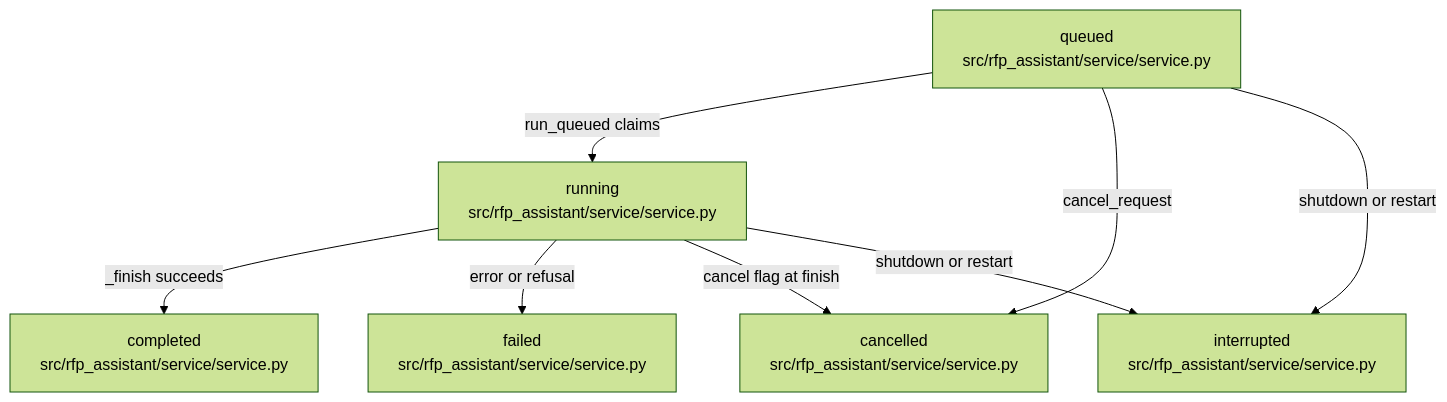
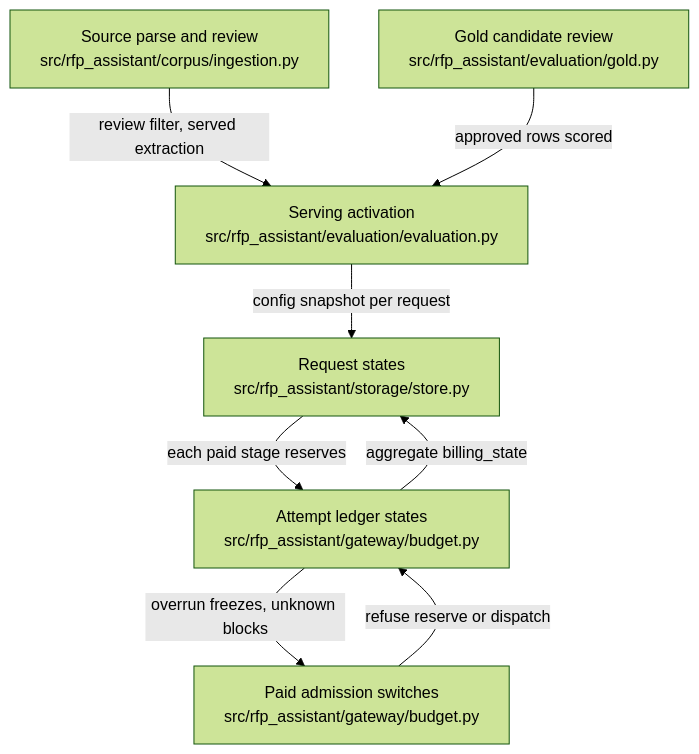
One commit to littleeeeebit/project-codeit-mid changed the diagram in .omm/state-transitions/diagram.mmd. Above: the diagram before and after it, drawn with Mermaid (forest theme). The commit also changed 359 other files, not shown here.

```diff
--- a/.omm/state-transitions/diagram.mmd
+++ b/.omm/state-transitions/diagram.mmd
@@ -1,14 +1,14 @@
 graph TD
-  queued["queued\nsrc/rfp_assistant/service/service.py"]
-  running["running\nsrc/rfp_assistant/service/service.py"]
-  completed["completed\nsrc/rfp_assistant/service/service.py"]
-  failed["failed\nsrc/rfp_assistant/service/service.py"]
-  cancelled["cancelled\nsrc/rfp_assistant/service/service.py"]
-  interrupted["interrupted\nsrc/rfp_assistant/service/service.py"]
-  queued -->|"run_queued claims"| running
-  queued -->|"cancel_request"| cancelled
-  queued -->|"shutdown or restart"| interrupted
-  running -->|"_finish succeeds"| completed
-  running -->|"error or refusal"| failed
-  running -->|"cancel flag at finish"| cancelled
-  running -->|"shutdown or restart"| interrupted
+  request-states["Request states\nsrc/rfp_assistant/storage/store.py"]
+  attempt-states["Attempt ledger states\nsrc/rfp_assistant/gateway/budget.py"]
+  admission-switches["Paid admission switches\nsrc/rfp_assistant/gateway/budget.py"]
+  source-states["Source parse and review\nsrc/rfp_assistant/corpus/ingestion.py"]
+  gold-candidate-states["Gold candidate review\nsrc/rfp_assistant/evaluation/gold.py"]
+  serving-activation["Serving activation\nsrc/rfp_assistant/evaluation/evaluation.py"]
+  request-states -->|"each paid stage reserves"| attempt-states
+  attempt-states -->|"aggregate billing_state"| request-states
+  admission-switches -->|"refuse reserve or dispatch"| attempt-states
+  attempt-states -->|"overrun freezes, unknown blocks"| admission-switches
+  source-states -->|"review filter, served extraction"| serving-activation
+  gold-candidate-states -->|"approved rows scored"| serving-activation
+  serving-activation -->|"config snapshot per request"| request-states
```
